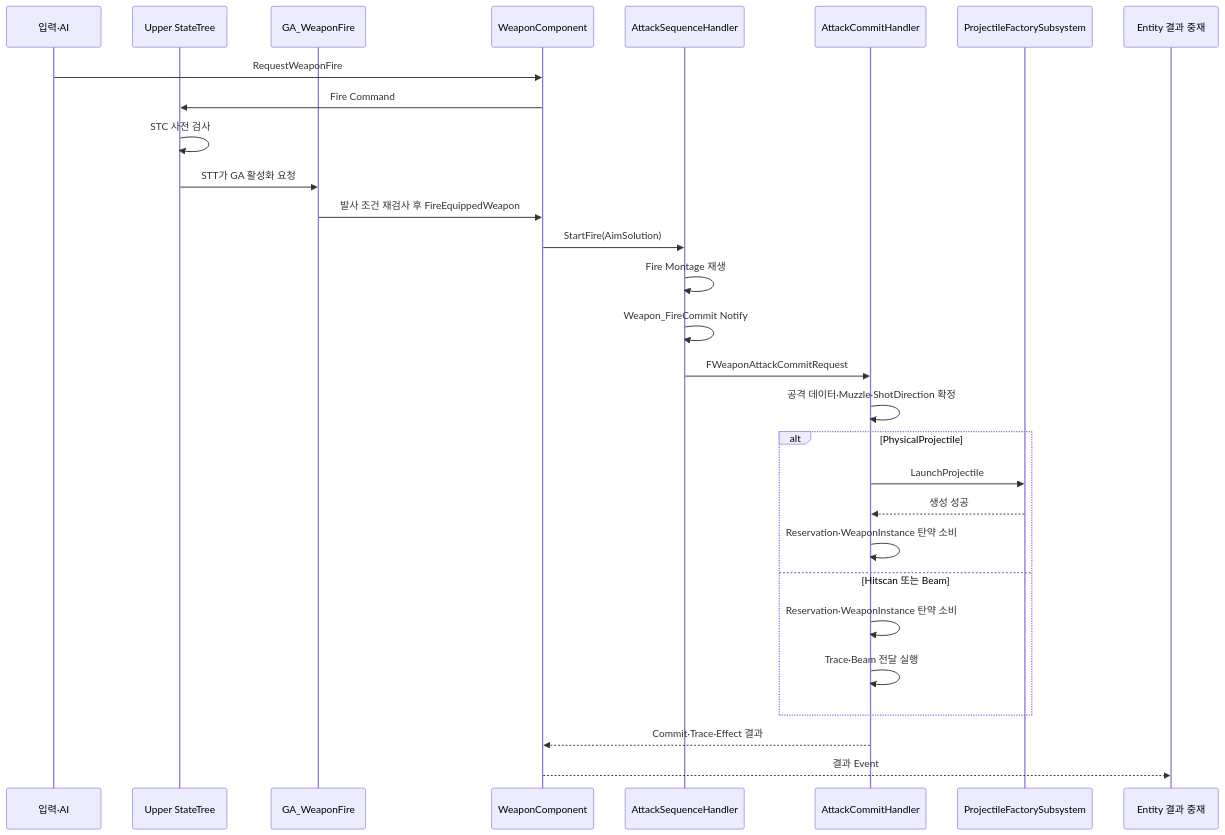
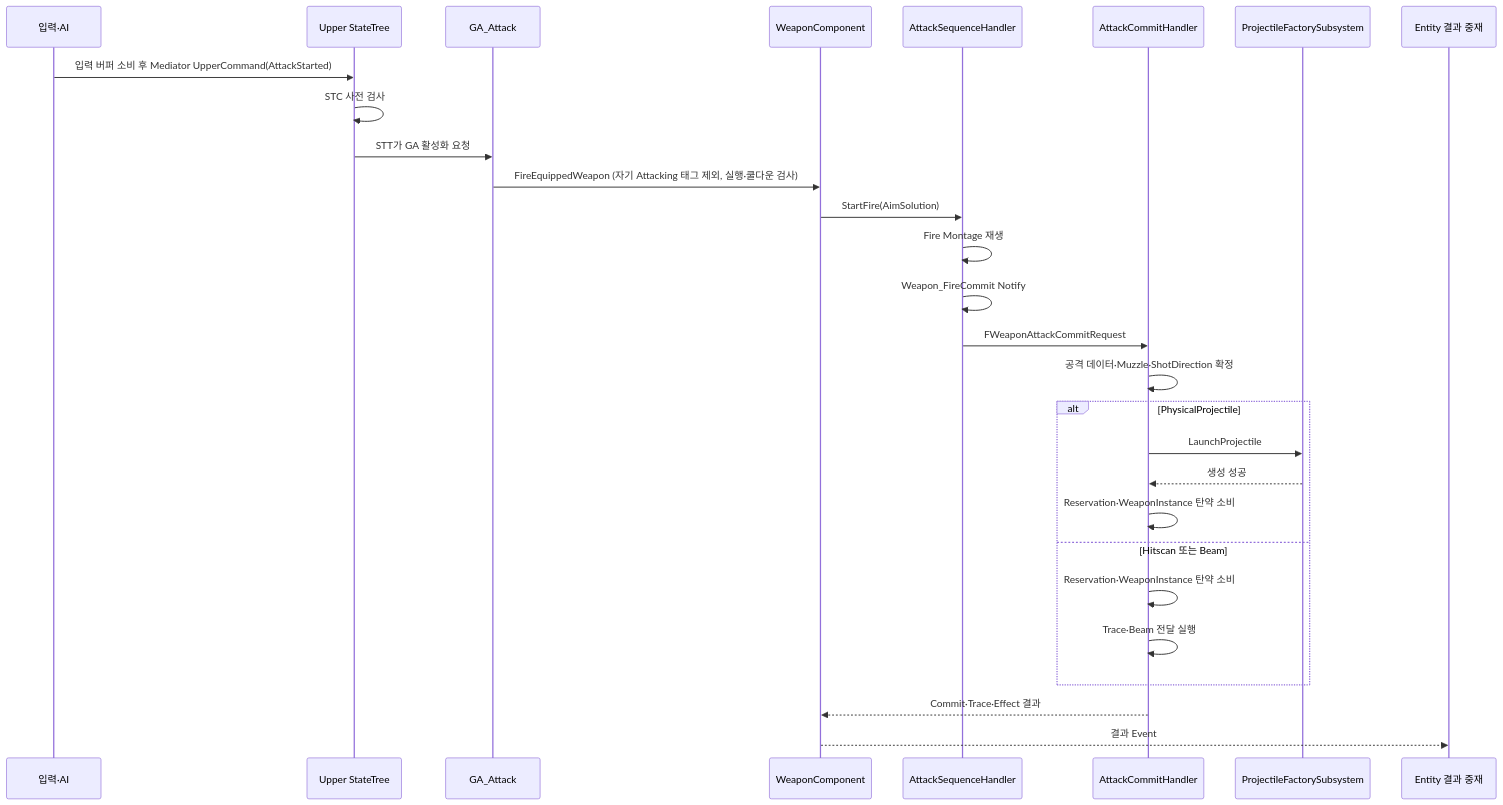
One commit to liang2papa/Astra_Docs changed the second of 5 diagrams in Wiki/03_시스템 설계/WeaponComponent 기능 분리.md. Above: the diagram before and after it, drawn with Mermaid. The commit also changed other lines of this file and 49 other files, not shown here.

````diff
--- a/Wiki/03_시스템 설계/WeaponComponent 기능 분리.md
+++ b/Wiki/03_시스템 설계/WeaponComponent 기능 분리.md
@@ -96,32 +107,31 @@
 ```mermaid
 sequenceDiagram
     participant Input as 입력·AI
     participant ST as Upper StateTree
-    participant GA as GA_WeaponFire
+    participant GA as GA_Attack
     participant Weapon as WeaponComponent
     participant Seq as AttackSequenceHandler
     participant Commit as AttackCommitHandler
     participant Factory as ProjectileFactorySubsystem
     participant Entity as Entity 결과 중재
 
-    Input->>Weapon: RequestWeaponFire
-    Weapon->>ST: Fire Command
+    Input->>ST: 입력 버퍼 소비 후 Mediator UpperCommand(AttackStarted)
     ST->>ST: STC 사전 검사
     ST->>GA: STT가 GA 활성화 요청
-    GA->>Weapon: 발사 조건 재검사 후 FireEquippedWeapon
+    GA->>Weapon: FireEquippedWeapon (자기 Attacking 태그 제외, 실행·쿨다운 검사)
     Weapon->>Seq: StartFire(AimSolution)
     Seq->>Seq: Fire Montage 재생
     Seq->>Seq: Weapon_FireCommit Notify
     Seq->>Commit: FWeaponAttackCommitRequest
     Commit->>Commit: 공격 데이터·Muzzle·ShotDirection 확정
     alt PhysicalProjectile
         Commit->>Factory: LaunchProjectile
         Factory-->>Commit: 생성 성공
         Commit->>Commit: Reservation·WeaponInstance 탄약 소비
     else Hitscan 또는 Beam
         Commit->>Commit: Reservation·WeaponInstance 탄약 소비
         Commit->>Commit: Trace·Beam 전달 실행
     end
     Commit-->>Weapon: Commit·Trace·Effect 결과
     Weapon-->>Entity: 결과 Event
 ```
````
